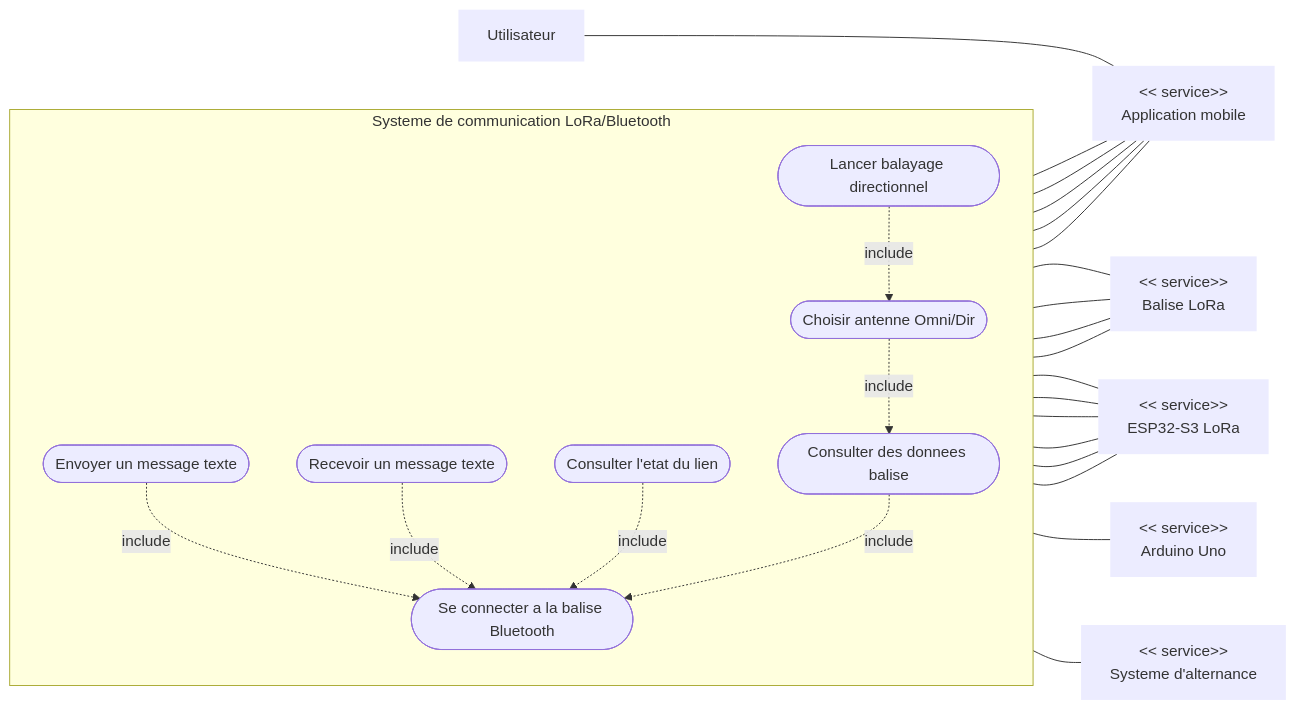
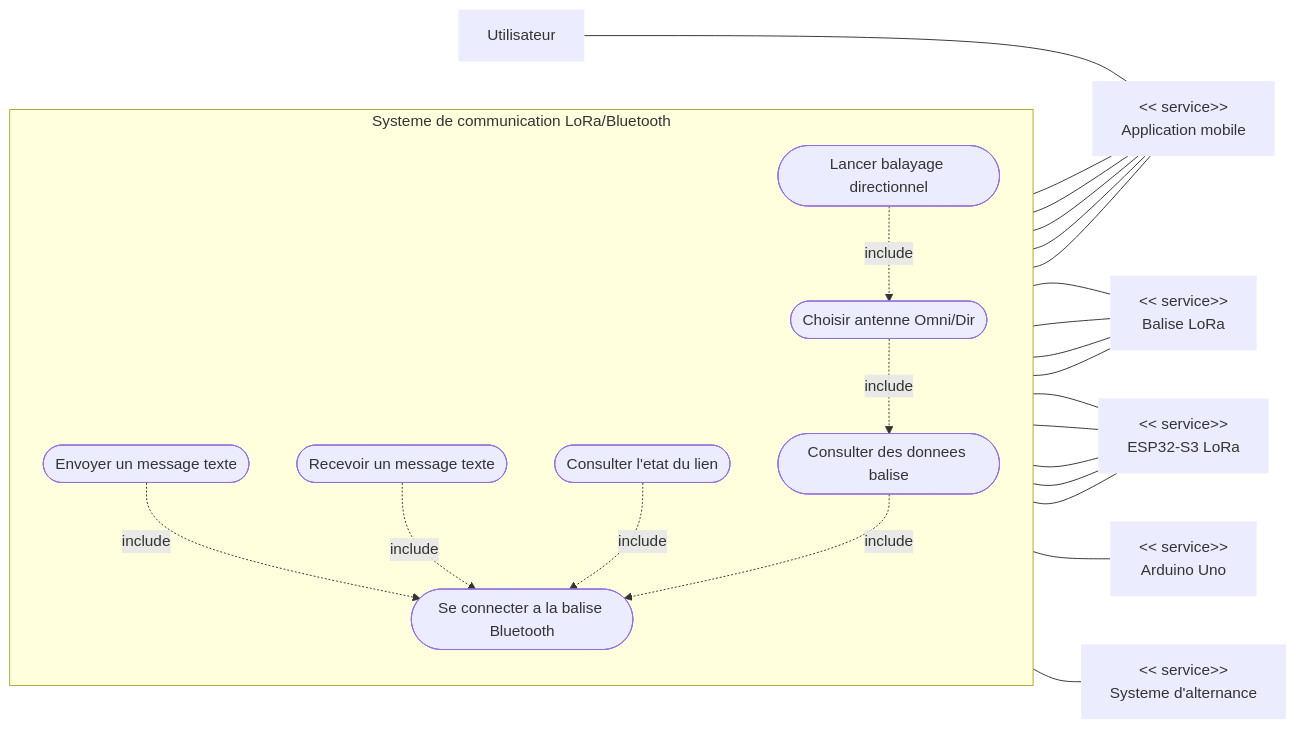
The first of 6 diagrams in Diagrammes_SysML_Projet_LoRa.md (SHU445/Projet-LoRa-72h), drawn with Mermaid before and after one commit.

Commit message:
"USE_case_Modif_ESPbalayage_delete"

````diff
--- a/Diagrammes_SysML_Projet_LoRa.md
+++ b/Diagrammes_SysML_Projet_LoRa.md
@@ -12,52 +12,52 @@
 ```mermaid
 flowchart LR
   rU["Utilisateur"]:::role
   rAPP["<< service>>\nApplication mobile"]:::role
   rBAL["<< service>>\nBalise LoRa"]:::role
   rESP["<< service>>\nESP32-S3 LoRa"]:::role
   rARD["<< service>>\nArduino Uno"]:::role
   rALT["<< service>>\nSysteme d'alternance"]:::role
 
   subgraph S["Systeme de communication LoRa/Bluetooth"]
     direction TB
     ucConnect([Se connecter a la balise Bluetooth])
     ucSend([Envoyer un message texte])
     ucReceive([Recevoir un message texte])
     ucStatus([Consulter l'etat du lien])
     ucData([Consulter des donnees balise])
     ucSelectAntenna([Choisir antenne Omni/Dir])
     ucScan([Lancer balayage directionnel])
 
     ucSend -. include .-> ucConnect
     ucReceive -. include .-> ucConnect
     ucStatus -. include .-> ucConnect
     ucData -. include .-> ucConnect
     ucSelectAntenna -. include .-> ucData
     ucScan -. include .-> ucSelectAntenna
   end
 
   rU --- rAPP
 
   ucConnect --- rAPP
   ucSend --- rAPP
   ucReceive --- rAPP
   ucStatus --- rAPP
   ucData --- rAPP
 
   ucConnect --- rBAL
   ucSend --- rBAL
   ucReceive --- rBAL
   ucStatus --- rBAL
 
   ucConnect --- rESP
   ucSend --- rESP
   ucReceive --- rESP
   ucData --- rESP
   ucSelectAntenna --- rESP
-  ucScan --- rESP
+
 
   ucScan --- rARD
   ucSelectAntenna --- rALT
 
   classDef role stroke-width:0px;
 ```
````
